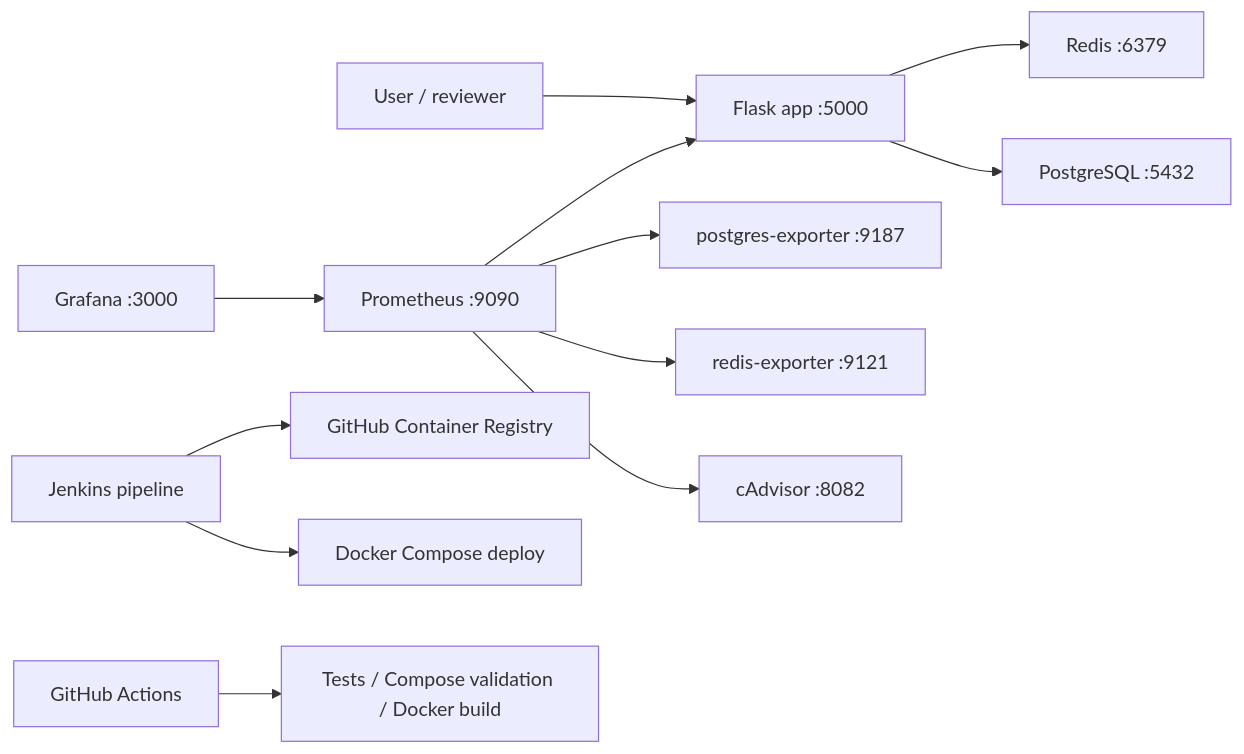
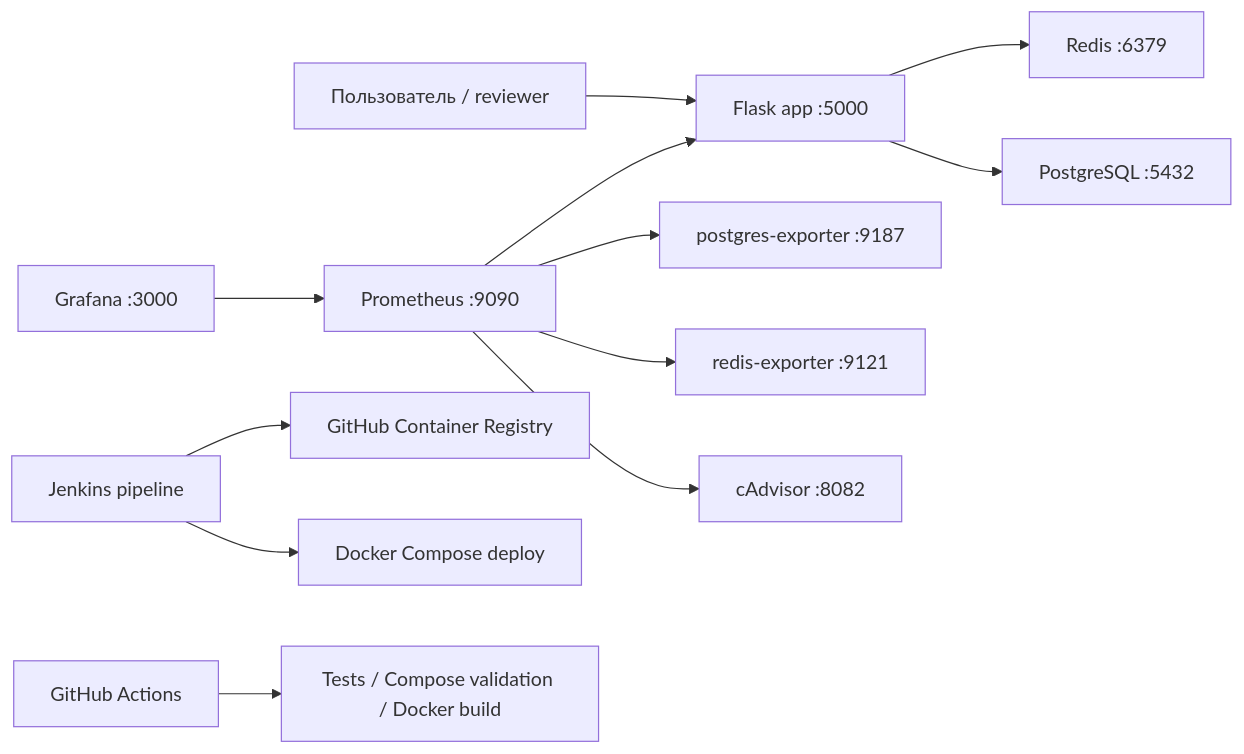
One commit to x2slow4u/my-app changed the diagram in README.md. Above: the diagram before and after it, drawn with Mermaid. The commit also changed other lines of this file and 2 other files, not shown here.

````diff
--- a/README.md
+++ b/README.md
@@ -33,14 +33,14 @@
 ```mermaid
 flowchart LR
-    User["User / reviewer"] --> Web["Flask app :5000"]
+    User["Пользователь / reviewer"] --> Web["Flask app :5000"]
     Web --> Redis["Redis :6379"]
     Web --> DB["PostgreSQL :5432"]
     Prom["Prometheus :9090"] --> Web
     Prom --> PgExp["postgres-exporter :9187"]
     Prom --> RedisExp["redis-exporter :9121"]
     Prom --> CAdvisor["cAdvisor :8082"]
     Grafana["Grafana :3000"] --> Prom
     Jenkins["Jenkins pipeline"] --> GHCR["GitHub Container Registry"]
     Jenkins --> Compose["Docker Compose deploy"]
     Actions["GitHub Actions"] --> Tests["Tests / Compose validation / Docker build"]
 ```
````
